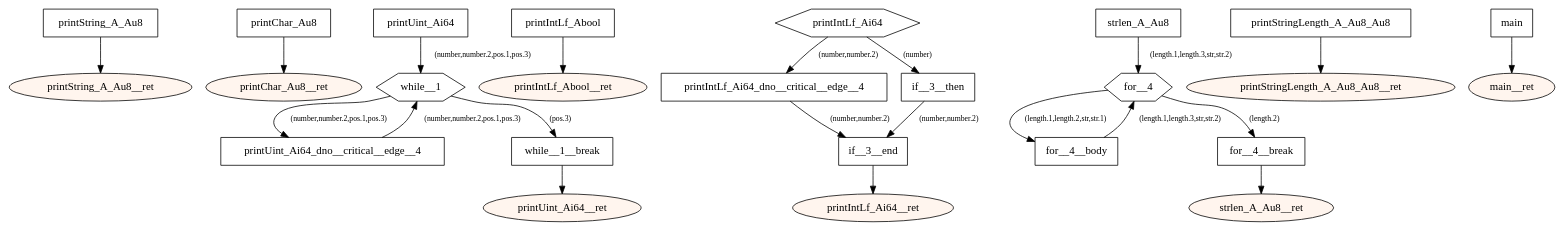
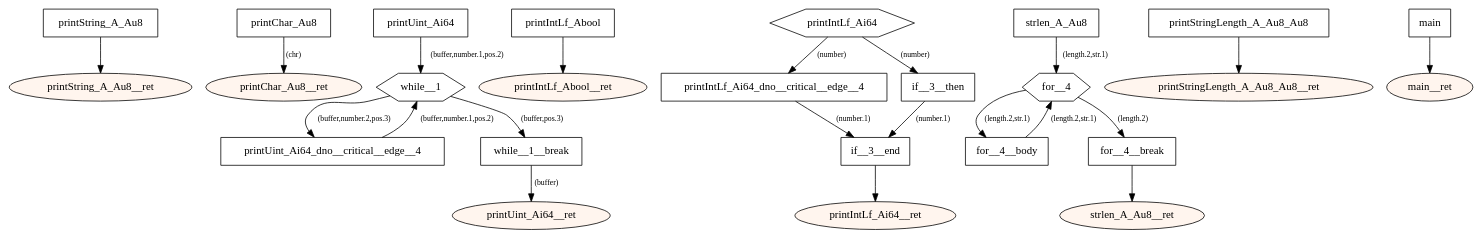
The diagram in src/main/resources-test/compiler/windows/comparison.dot (tmssngr/tinyC), drawn with Graphviz before and after one commit. The commit also changed 159 other files, not shown here.

```diff
--- a/src/main/resources-test/compiler/windows/comparison.dot
+++ b/src/main/resources-test/compiler/windows/comparison.dot
@@ -1,64 +1,64 @@
 digraph program {
 	edge[fontsize="10pt"];
 	subgraph fn_printString_A_Au8 {
 		BasicBlock_0_printString_A_Au8 [label="printString_A_Au8",shape=box];
 		BasicBlock_0_printString_A_Au8 -> BasicBlock_0_printString_A_Au8__ret;
 		BasicBlock_0_printString_A_Au8__ret [label="printString_A_Au8__ret",shape=oval,style=filled,fillcolor="#fff5ee"];
 	}
 	subgraph fn_printChar_Au8 {
 		BasicBlock_1_printChar_Au8 [label="printChar_Au8",shape=box];
-		BasicBlock_1_printChar_Au8 -> BasicBlock_1_printChar_Au8__ret;
+		BasicBlock_1_printChar_Au8 -> BasicBlock_1_printChar_Au8__ret [label="(chr)"];
 		BasicBlock_1_printChar_Au8__ret [label="printChar_Au8__ret",shape=oval,style=filled,fillcolor="#fff5ee"];
 	}
 	subgraph fn_printUint_Ai64 {
 		BasicBlock_2_printUint_Ai64 [label="printUint_Ai64",shape=box];
-		BasicBlock_2_printUint_Ai64 -> BasicBlock_2_while__1 [label="(number,number.2,pos.1,pos.3)"];
+		BasicBlock_2_printUint_Ai64 -> BasicBlock_2_while__1 [label="(buffer,number.1,pos.2)"];
 		BasicBlock_2_printUint_Ai64_dno__critical__edge__4 [label="printUint_Ai64_dno__critical__edge__4",shape=box];
-		BasicBlock_2_printUint_Ai64_dno__critical__edge__4 -> BasicBlock_2_while__1 [label="(number,number.2,pos.1,pos.3)"];
+		BasicBlock_2_printUint_Ai64_dno__critical__edge__4 -> BasicBlock_2_while__1 [label="(buffer,number.1,pos.2)"];
 		BasicBlock_2_while__1 [label="while__1",shape=hexagon];
-		BasicBlock_2_while__1 -> BasicBlock_2_printUint_Ai64_dno__critical__edge__4 [label="(number,number.2,pos.1,pos.3)"];
-		BasicBlock_2_while__1 -> BasicBlock_2_while__1__break [label="(pos.3)"];
+		BasicBlock_2_while__1 -> BasicBlock_2_printUint_Ai64_dno__critical__edge__4 [label="(buffer,number.2,pos.3)"];
+		BasicBlock_2_while__1 -> BasicBlock_2_while__1__break [label="(buffer,pos.3)"];
 		BasicBlock_2_while__1__break [label="while__1__break",shape=box];
-		BasicBlock_2_while__1__break -> BasicBlock_2_printUint_Ai64__ret;
+		BasicBlock_2_while__1__break -> BasicBlock_2_printUint_Ai64__ret [label="(buffer)"];
 		BasicBlock_2_printUint_Ai64__ret [label="printUint_Ai64__ret",shape=oval,style=filled,fillcolor="#fff5ee"];
 	}
 	subgraph fn_printIntLf_Abool {
 		BasicBlock_3_printIntLf_Abool [label="printIntLf_Abool",shape=box];
 		BasicBlock_3_printIntLf_Abool -> BasicBlock_3_printIntLf_Abool__ret;
 		BasicBlock_3_printIntLf_Abool__ret [label="printIntLf_Abool__ret",shape=oval,style=filled,fillcolor="#fff5ee"];
 	}
 	subgraph fn_printIntLf_Ai64 {
 		BasicBlock_4_printIntLf_Ai64 [label="printIntLf_Ai64",shape=hexagon];
-		BasicBlock_4_printIntLf_Ai64 -> BasicBlock_4_printIntLf_Ai64_dno__critical__edge__4 [label="(number,number.2)"];
+		BasicBlock_4_printIntLf_Ai64 -> BasicBlock_4_printIntLf_Ai64_dno__critical__edge__4 [label="(number)"];
 		BasicBlock_4_printIntLf_Ai64 -> BasicBlock_4_if__3__then [label="(number)"];
 		BasicBlock_4_printIntLf_Ai64_dno__critical__edge__4 [label="printIntLf_Ai64_dno__critical__edge__4",shape=box];
-		BasicBlock_4_printIntLf_Ai64_dno__critical__edge__4 -> BasicBlock_4_if__3__end [label="(number,number.2)"];
+		BasicBlock_4_printIntLf_Ai64_dno__critical__edge__4 -> BasicBlock_4_if__3__end [label="(number.1)"];
 		BasicBlock_4_if__3__then [label="if__3__then",shape=box];
-		BasicBlock_4_if__3__then -> BasicBlock_4_if__3__end [label="(number,number.2)"];
+		BasicBlock_4_if__3__then -> BasicBlock_4_if__3__end [label="(number.1)"];
 		BasicBlock_4_if__3__end [label="if__3__end",shape=box];
 		BasicBlock_4_if__3__end -> BasicBlock_4_printIntLf_Ai64__ret;
 		BasicBlock_4_printIntLf_Ai64__ret [label="printIntLf_Ai64__ret",shape=oval,style=filled,fillcolor="#fff5ee"];
 	}
 	subgraph fn_strlen_A_Au8 {
 		BasicBlock_5_strlen_A_Au8 [label="strlen_A_Au8",shape=box];
-		BasicBlock_5_strlen_A_Au8 -> BasicBlock_5_for__4 [label="(length.1,length.3,str,str.2)"];
+		BasicBlock_5_strlen_A_Au8 -> BasicBlock_5_for__4 [label="(length.2,str.1)"];
 		BasicBlock_5_for__4__body [label="for__4__body",shape=box];
-		BasicBlock_5_for__4__body -> BasicBlock_5_for__4 [label="(length.1,length.3,str,str.2)"];
+		BasicBlock_5_for__4__body -> BasicBlock_5_for__4 [label="(length.2,str.1)"];
 		BasicBlock_5_for__4 [label="for__4",shape=hexagon];
 		BasicBlock_5_for__4 -> BasicBlock_5_for__4__break [label="(length.2)"];
-		BasicBlock_5_for__4 -> BasicBlock_5_for__4__body [label="(length.1,length.2,str,str.1)"];
+		BasicBlock_5_for__4 -> BasicBlock_5_for__4__body [label="(length.2,str.1)"];
 		BasicBlock_5_for__4__break [label="for__4__break",shape=box];
 		BasicBlock_5_for__4__break -> BasicBlock_5_strlen_A_Au8__ret;
 		BasicBlock_5_strlen_A_Au8__ret [label="strlen_A_Au8__ret",shape=oval,style=filled,fillcolor="#fff5ee"];
 	}
 	subgraph fn_printStringLength_A_Au8_Au8 {
 		BasicBlock_6_printStringLength_A_Au8_Au8 [label="printStringLength_A_Au8_Au8",shape=box];
 		BasicBlock_6_printStringLength_A_Au8_Au8 -> BasicBlock_6_printStringLength_A_Au8_Au8__ret;
 		BasicBlock_6_printStringLength_A_Au8_Au8__ret [label="printStringLength_A_Au8_Au8__ret",shape=oval,style=filled,fillcolor="#fff5ee"];
 	}
 	subgraph fn_main {
 		BasicBlock_7_main [label="main",shape=box];
 		BasicBlock_7_main -> BasicBlock_7_main__ret;
 		BasicBlock_7_main__ret [label="main__ret",shape=oval,style=filled,fillcolor="#fff5ee"];
 	}
 }
```
